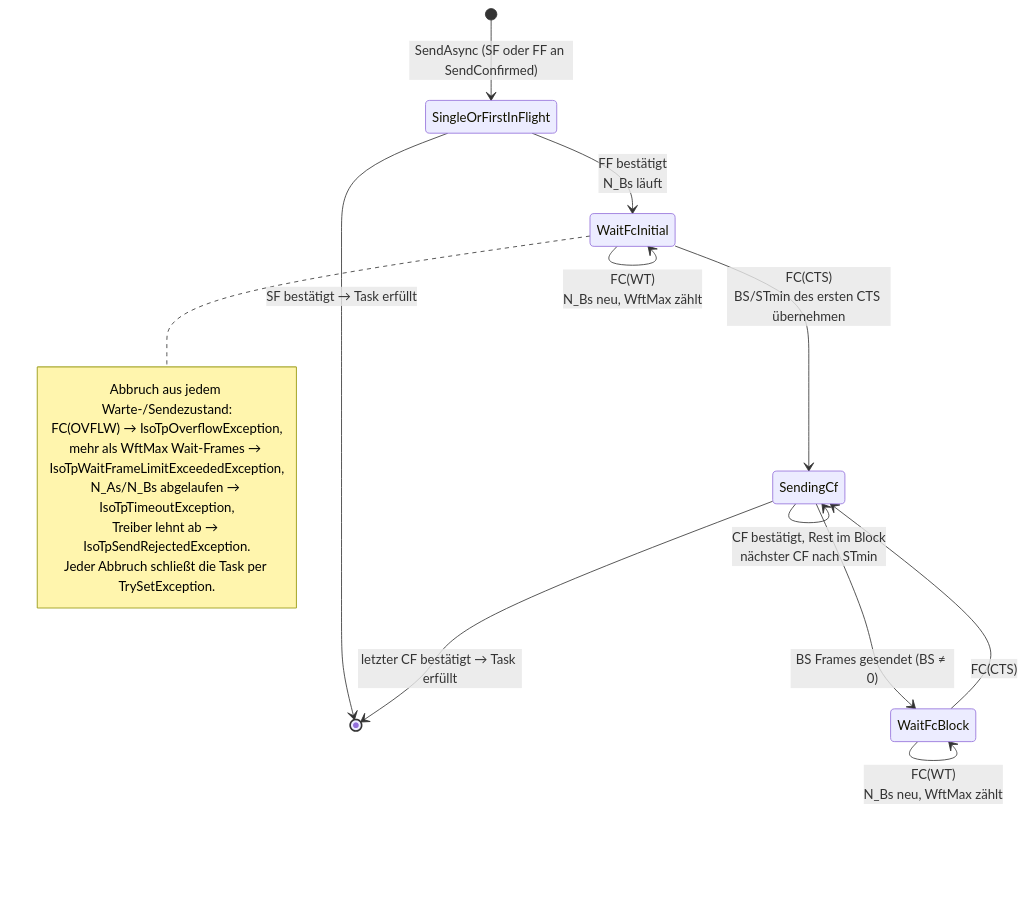
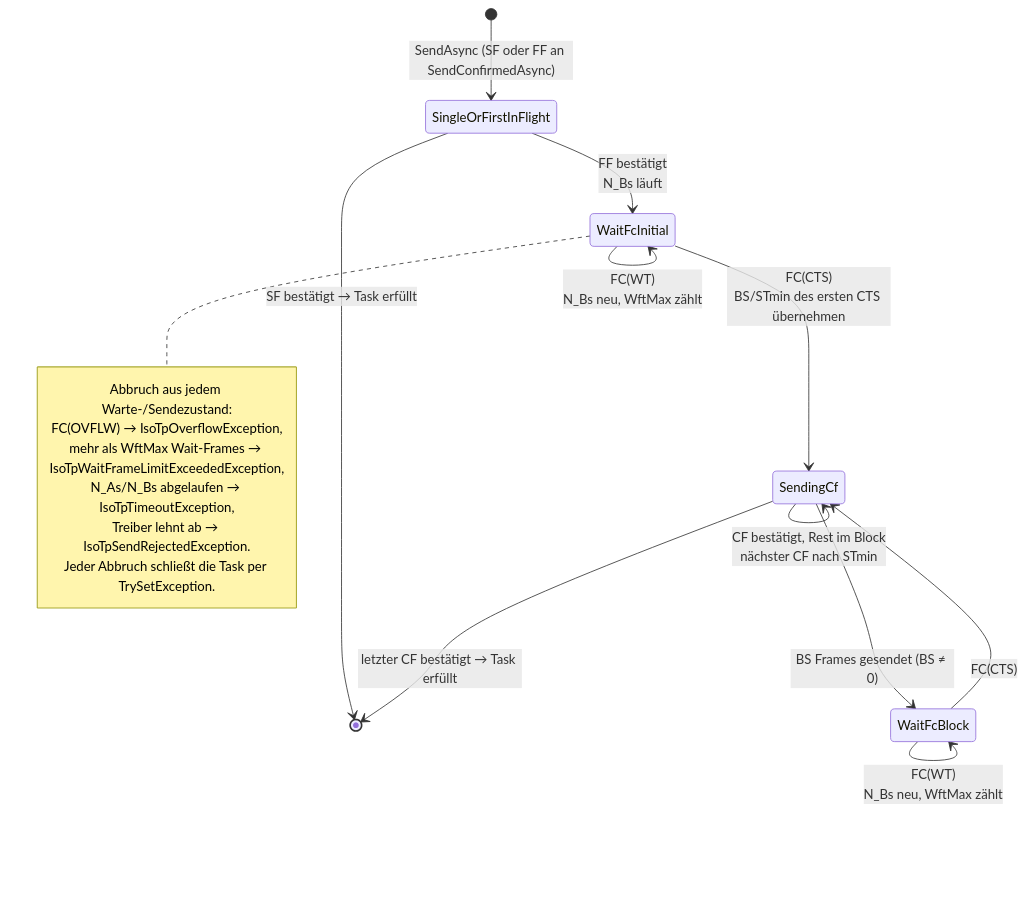
Before and after one commit to dborgards/CanKit.Pro: diagram 12 of 19 in docs/architecture/arc42-CanKit.Pro.md, drawn with Mermaid. The commit also changed other lines of this file and 36 other files, not shown here.

First line of the commit message:
refactor(rawcan)!: name ICanBusService.SendConfirmed SendConfirmedAsync

````diff
--- a/docs/architecture/arc42-CanKit.Pro.md
+++ b/docs/architecture/arc42-CanKit.Pro.md
@@ -732,22 +732,22 @@
 ```mermaid
 stateDiagram-v2
-    [*] --> SingleOrFirstInFlight : SendAsync (SF oder FF an SendConfirmed)
+    [*] --> SingleOrFirstInFlight : SendAsync (SF oder FF an SendConfirmedAsync)
     SingleOrFirstInFlight --> [*] : SF bestätigt → Task erfüllt
     SingleOrFirstInFlight --> WaitFcInitial : FF bestätigt<br/>N_Bs läuft
     WaitFcInitial --> SendingCf : FC(CTS)<br/>BS/STmin des ersten CTS übernehmen
     WaitFcInitial --> WaitFcInitial : FC(WT)<br/>N_Bs neu, WftMax zählt
     SendingCf --> SendingCf : CF bestätigt, Rest im Block<br/>nächster CF nach STmin
     SendingCf --> WaitFcBlock : BS Frames gesendet (BS ≠ 0)
     SendingCf --> [*] : letzter CF bestätigt → Task erfüllt
     WaitFcBlock --> SendingCf : FC(CTS)
     WaitFcBlock --> WaitFcBlock : FC(WT)<br/>N_Bs neu, WftMax zählt
 
     note right of WaitFcInitial
         Abbruch aus jedem Warte-/Sendezustand:
         FC(OVFLW) → IsoTpOverflowException,
         mehr als WftMax Wait-Frames → IsoTpWaitFrameLimitExceededException,
         N_As/N_Bs abgelaufen → IsoTpTimeoutException,
         Treiber lehnt ab → IsoTpSendRejectedException.
         Jeder Abbruch schließt die Task per TrySetException.
     end note
 ```
````
